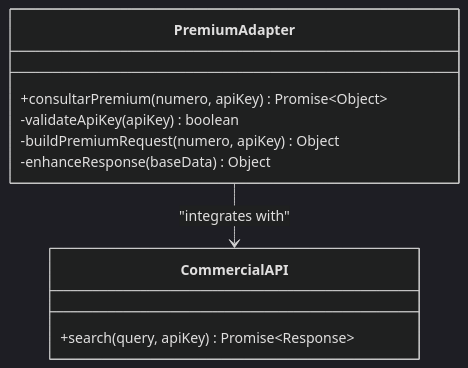
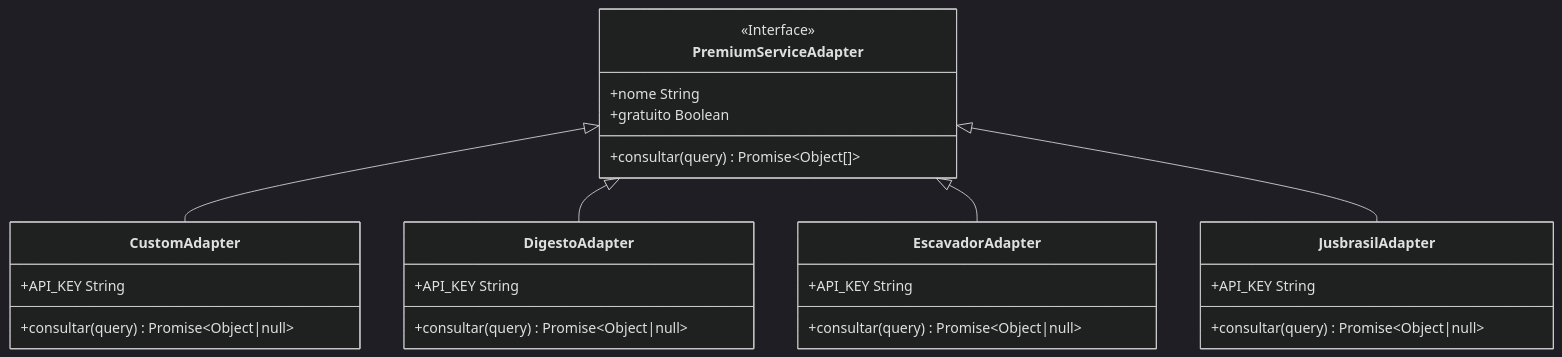
One commit to Alexandrexicara/bot-processos changed the fifth of 13 diagrams in .qoder/repowiki/en/content/API Integration Layer/API Integration Layer.md. Above: the diagram before and after it, drawn with Mermaid (dark theme). The commit also changed other lines of this file and 10 other files, not shown here.

````diff
--- a/.qoder/repowiki/en/content/API Integration Layer/API Integration Layer.md
+++ b/.qoder/repowiki/en/content/API Integration Layer/API Integration Layer.md
@@ -234,13 +314,29 @@
 ```mermaid
 classDiagram
-class PremiumAdapter {
-+consultarPremium(numero, apiKey) Promise~Object~
--validateApiKey(apiKey) boolean
--buildPremiumRequest(numero, apiKey) Object
--enhanceResponse(baseData) Object
+class PremiumServiceAdapter {
+<<Interface>>
++nome String
++gratuito Boolean
++consultar(query) Promise~Object[]~
 }
-class CommercialAPI {
-+search(query, apiKey) Promise~Response~
+class CustomAdapter {
++API_KEY String
++consultar(query) Promise~Object|null~
 }
-PremiumAdapter --> CommercialAPI : "integrates with"
+class DigestoAdapter {
++API_KEY String
++consultar(query) Promise~Object|null~
+}
+class EscavadorAdapter {
++API_KEY String
++consultar(query) Promise~Object|null~
+}
+class JusbrasilAdapter {
++API_KEY String
++consultar(query) Promise~Object|null~
+}
+PremiumServiceAdapter <|-- CustomAdapter
+PremiumServiceAdapter <|-- DigestoAdapter
+PremiumServiceAdapter <|-- EscavadorAdapter
+PremiumServiceAdapter <|-- JusbrasilAdapter
 ```
````
